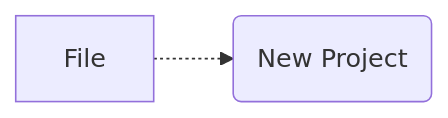
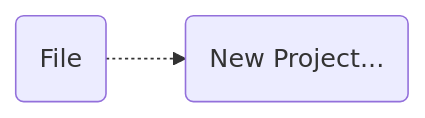
The third of 3 diagrams in intro_rstudio.qmd (bougioukas/practical_stats_med-r), drawn with Mermaid before and after one commit. The commit also changed other lines of this file and 45 other files, not shown here.

````diff
--- a/intro_rstudio.qmd
+++ b/intro_rstudio.qmd
@@ -224,4 +242,4 @@
 ```{mermaid}
 flowchart LR
-  A[File] -.-> B(New Project)
+  A(File) -.-> B(New Project...)
 ```
````
